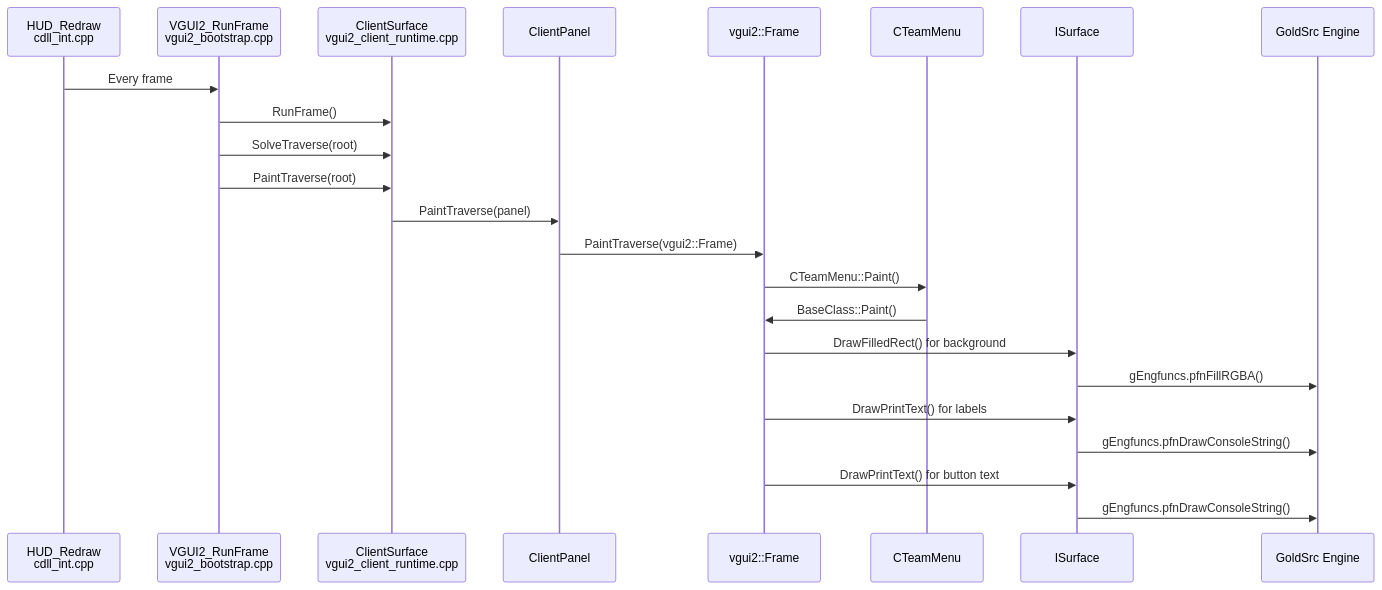
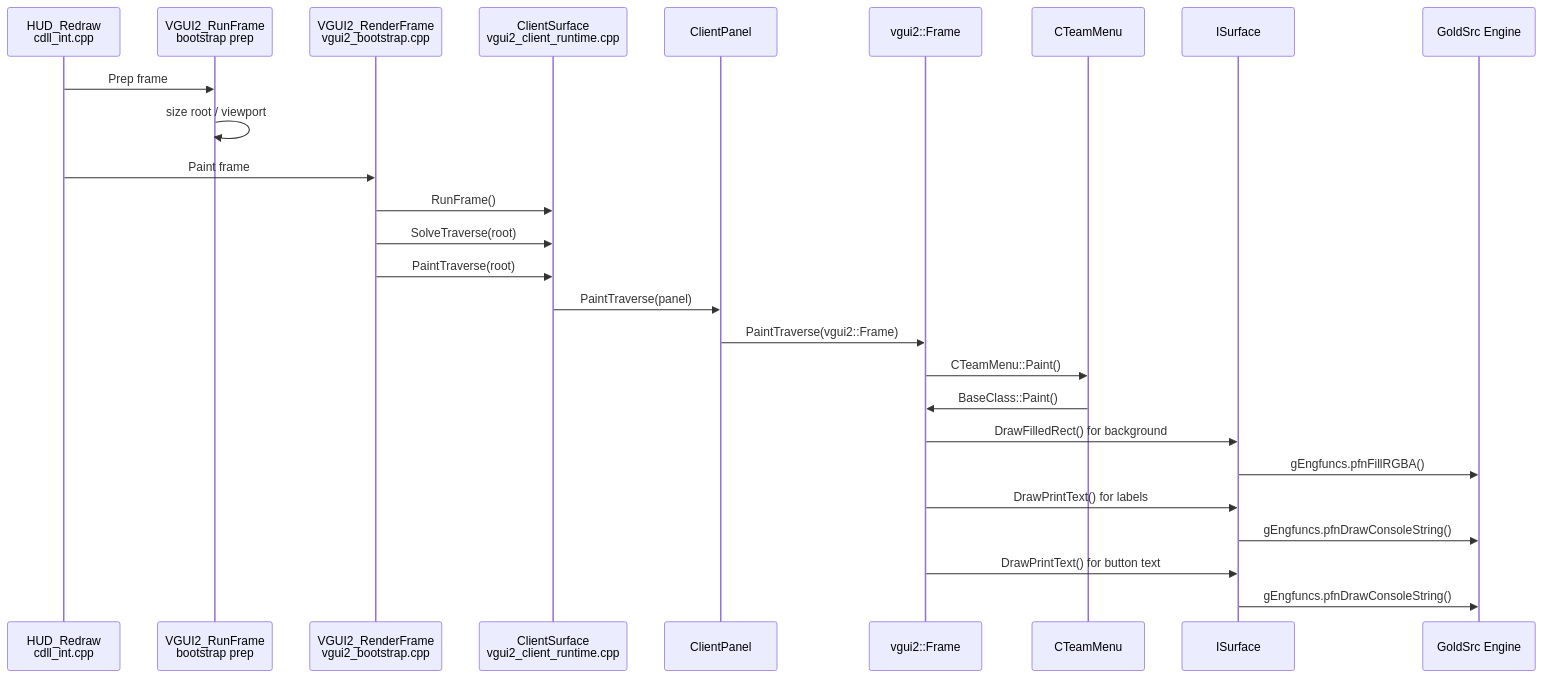
The seventh of 11 diagrams in docs/VGUI2_SYSTEM.md (philipdaquin/cs16-client), drawn with Mermaid before and after one commit. The commit also changed other lines of this file and 58 other files, not shown here.

````diff
--- a/docs/VGUI2_SYSTEM.md
+++ b/docs/VGUI2_SYSTEM.md
@@ -323,26 +321,29 @@
 ```mermaid
 sequenceDiagram
     participant HUD as HUD_Redraw<br/>cdll_int.cpp
-    participant Runtime as VGUI2_RunFrame<br/>vgui2_bootstrap.cpp
+    participant Prep as VGUI2_RunFrame<br/>bootstrap prep
+    participant Render as VGUI2_RenderFrame<br/>vgui2_bootstrap.cpp
     participant Surface as ClientSurface<br/>vgui2_client_runtime.cpp
     participant Panel as ClientPanel
     participant Frame as vgui2::Frame
     participant TeamMenu as CTeamMenu
     participant ISurface as ISurface
     participant Engine as GoldSrc Engine
 
-    HUD->>Runtime: Every frame
-    Runtime->>Surface: RunFrame()
-    Runtime->>Surface: SolveTraverse(root)
-    Runtime->>Surface: PaintTraverse(root)
+    HUD->>Prep: Prep frame
+    Prep->>Prep: size root / viewport
+    HUD->>Render: Paint frame
+    Render->>Surface: RunFrame()
+    Render->>Surface: SolveTraverse(root)
+    Render->>Surface: PaintTraverse(root)
     Surface->>Panel: PaintTraverse(panel)
     Panel->>Frame: PaintTraverse(vgui2::Frame)
     Frame->>TeamMenu: CTeamMenu::Paint()
     TeamMenu->>Frame: BaseClass::Paint()
     Frame->>ISurface: DrawFilledRect() for background
     ISurface->>Engine: gEngfuncs.pfnFillRGBA()
     Frame->>ISurface: DrawPrintText() for labels
     ISurface->>Engine: gEngfuncs.pfnDrawConsoleString()
     Frame->>ISurface: DrawPrintText() for button text
     ISurface->>Engine: gEngfuncs.pfnDrawConsoleString()
 ```
````
